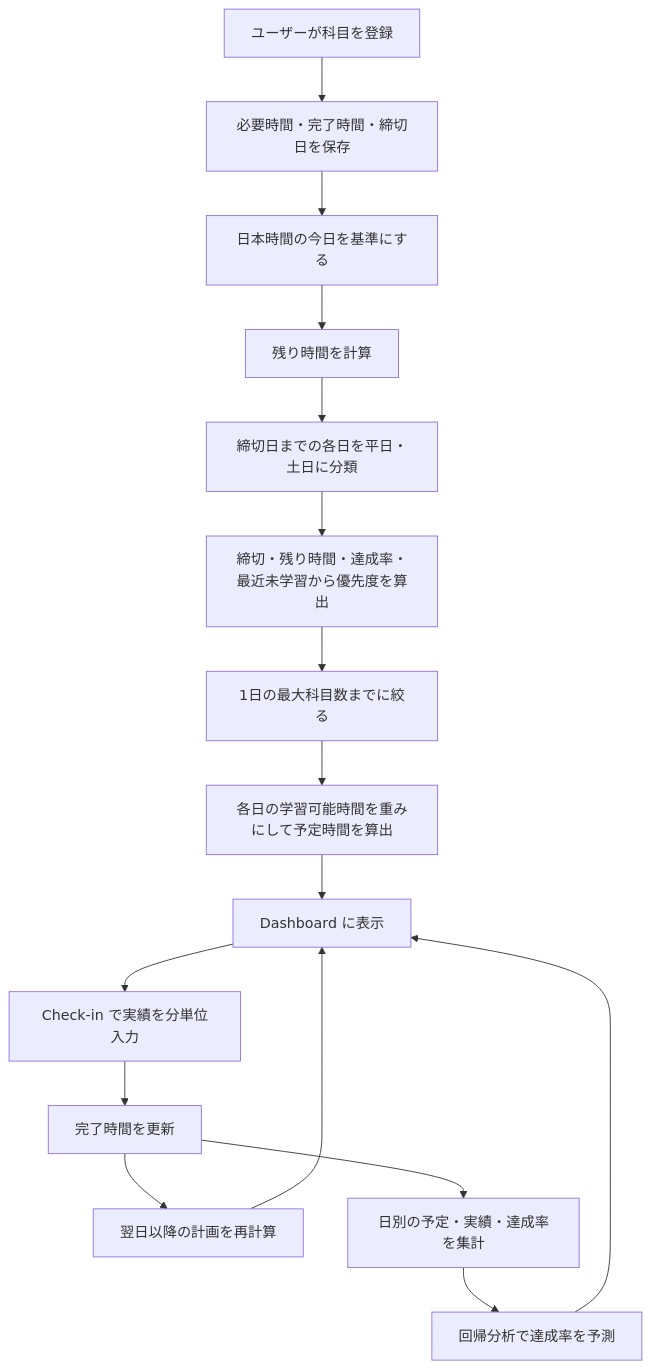
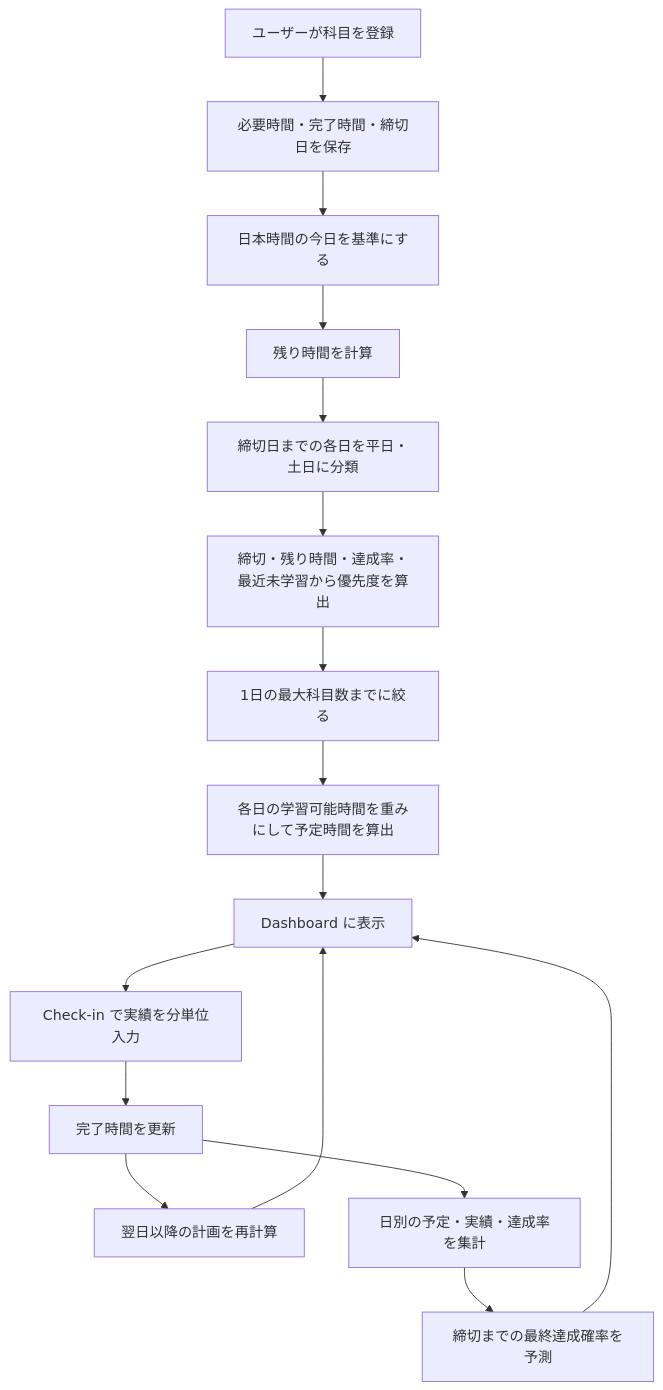
One commit to yuina368/ScheduleSystemAI changed the second of 3 diagrams in README.md. Above: the diagram before and after it, drawn with Mermaid. The commit also changed other lines of this file and 7 other files, not shown here.

````diff
--- a/README.md
+++ b/README.md
@@ -95,18 +95,18 @@
 ```mermaid
 flowchart TD
   A["ユーザーが科目を登録"] --> B["必要時間・完了時間・締切日を保存"]
   B --> C["日本時間の今日を基準にする"]
   C --> D["残り時間を計算"]
   D --> E["締切日までの各日を平日・土日に分類"]
   E --> F["締切・残り時間・達成率・最近未学習から優先度を算出"]
   F --> G["1日の最大科目数までに絞る"]
   G --> H["各日の学習可能時間を重みにして予定時間を算出"]
   H --> I["Dashboard に表示"]
   I --> J["Check-in で実績を分単位入力"]
   J --> K["完了時間を更新"]
   K --> L["翌日以降の計画を再計算"]
   L --> I
   K --> M["日別の予定・実績・達成率を集計"]
-  M --> N["回帰分析で達成率を予測"]
+  M --> N["締切までの最終達成確率を予測"]
   N --> I
 ```
````
